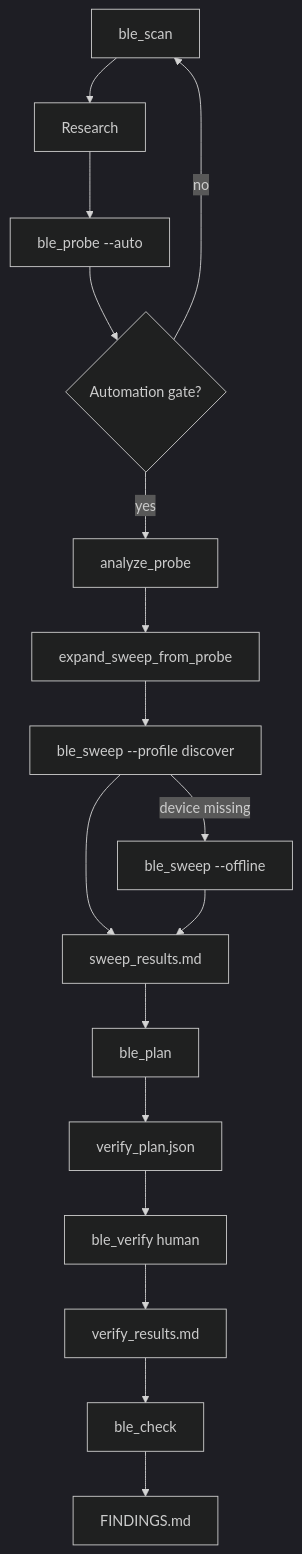
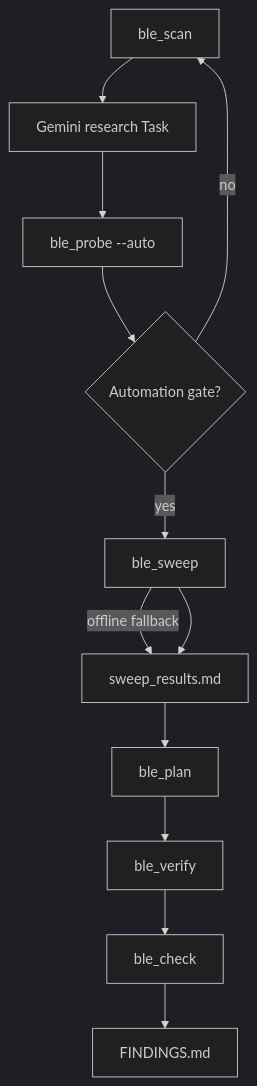
One commit to SAT-oO/satoo-llm-skills changed the diagram in skills/ble-hack-skill/SKILL.md. Above: the diagram before and after it, drawn with Mermaid (dark theme). The commit also changed other lines of this file and 15 other files, not shown here.

````diff
--- a/skills/ble-hack-skill/SKILL.md
+++ b/skills/ble-hack-skill/SKILL.md
@@ -34,19 +39,14 @@
 ```mermaid
 flowchart TD
-    A[ble_scan] --> B[Research]
+    A[ble_scan] --> B[Gemini research Task]
     B --> C[ble_probe --auto]
     C --> D{Automation gate?}
     D -->|no| A
-    D -->|yes| E[analyze_probe]
-    E --> F[expand_sweep_from_probe]
-    F --> G[ble_sweep --profile discover]
-    G -->|device missing| H[ble_sweep --offline]
-    G --> I[sweep_results.md]
-    H --> I
-    I --> J[ble_plan]
-    J --> K[verify_plan.json]
-    K --> L[ble_verify human]
-    L --> M[verify_results.md]
-    M --> N[ble_check]
-    N --> O[FINDINGS.md]
+    D -->|yes| E[ble_sweep]
+    E -->|offline fallback| F[sweep_results.md]
+    E --> F
+    F --> G[ble_plan]
+    G --> H[ble_verify]
+    H --> I[ble_check]
+    I --> J[FINDINGS.md]
 ```
````
